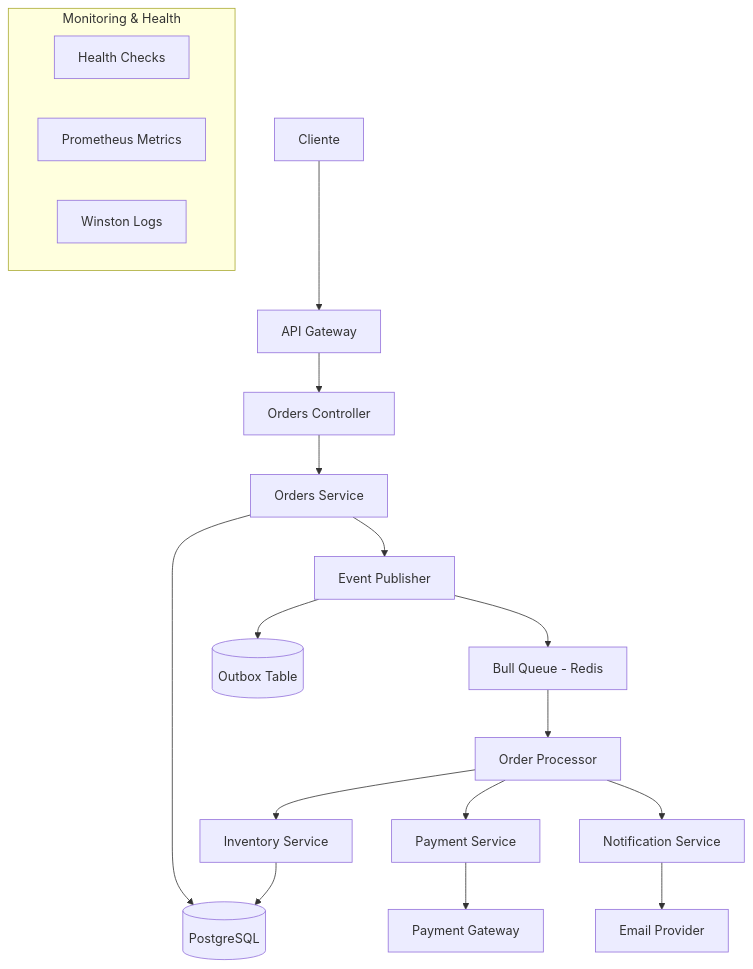
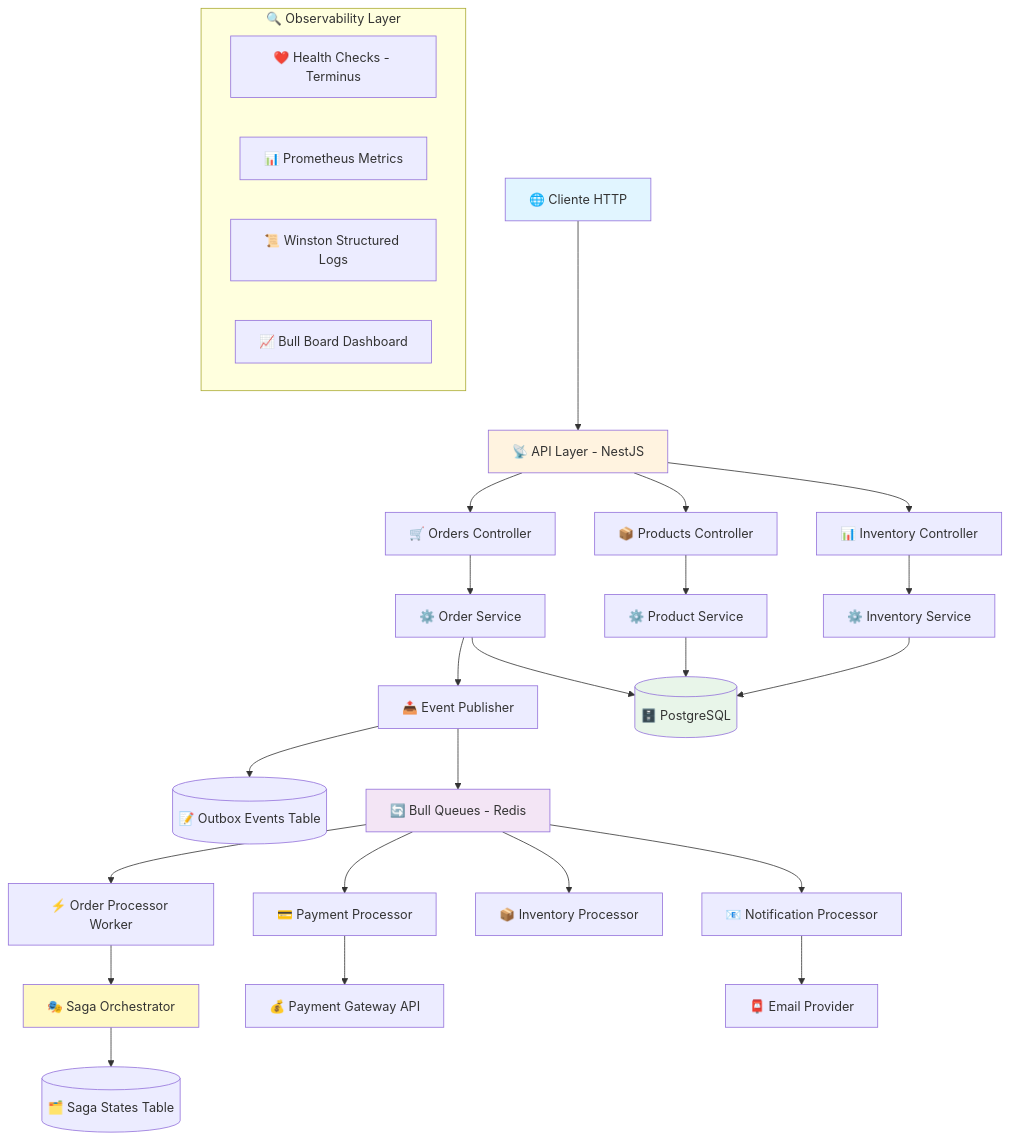
Before and after one commit to ArielDRighi/microservices-ecommerce-system: the diagram in README.md, drawn with Mermaid. The commit also changed other lines of this file and 3 other files, not shown here.

````diff
--- a/README.md
+++ b/README.md
@@ -46,25 +48,43 @@
 ```mermaid
 graph TB
-    Client[Cliente] --> API[API Gateway]
-    API --> OrderController[Orders Controller]
-    OrderController --> OrderService[Orders Service]
-    OrderService --> DB[(PostgreSQL)]
-    OrderService --> EventPublisher[Event Publisher]
-    EventPublisher --> Outbox[(Outbox Table)]
-    EventPublisher --> Queue[Bull Queue - Redis]
-
-    Queue --> OrderProcessor[Order Processor]
-    OrderProcessor --> InventoryService[Inventory Service]
-    OrderProcessor --> PaymentService[Payment Service]
-    OrderProcessor --> NotificationService[Notification Service]
-
+    Client[🌐 Cliente HTTP] --> API[📡 API Layer - NestJS]
+    
+    API --> OrderController[🛒 Orders Controller]
+    API --> ProductController[📦 Products Controller]
+    API --> InventoryController[📊 Inventory Controller]
+    
+    OrderController --> OrderService[⚙️ Order Service]
+    ProductController --> ProductService[⚙️ Product Service]
+    InventoryController --> InventoryService[⚙️ Inventory Service]
+    
+    OrderService --> EventPublisher[📤 Event Publisher]
+    EventPublisher --> OutboxTable[(📝 Outbox Events Table)]
+    EventPublisher --> Queue[🔄 Bull Queues - Redis]
+    
+    Queue --> OrderProcessor[⚡ Order Processor Worker]
+    Queue --> PaymentProcessor[💳 Payment Processor]
+    Queue --> InventoryProcessor[📦 Inventory Processor]
+    Queue --> NotificationProcessor[📧 Notification Processor]
+    
+    OrderProcessor --> SagaOrchestrator[🎭 Saga Orchestrator]
+    SagaOrchestrator --> SagaStateTable[(🗂️ Saga States Table)]
+    
+    OrderService --> DB[(🗄️ PostgreSQL)]
+    ProductService --> DB
     InventoryService --> DB
-    PaymentService --> ExternalGateway[Payment Gateway]
-    NotificationService --> EmailProvider[Email Provider]
-
-    subgraph "Monitoring & Health"
-        HealthCheck[Health Checks]
-        Metrics[Prometheus Metrics]
-        Logs[Winston Logs]
+    PaymentProcessor --> PaymentGateway[💰 Payment Gateway API]
+    NotificationProcessor --> EmailProvider[📮 Email Provider]
+    
+    subgraph "🔍 Observability Layer"
+        HealthCheck[❤️ Health Checks - Terminus]
+        Metrics[📊 Prometheus Metrics]
+        Logs[📜 Winston Structured Logs]
+        BullBoard[📈 Bull Board Dashboard]
     end
+    
+    style Client fill:#e1f5ff
+    style API fill:#fff3e0
+    style Queue fill:#f3e5f5
+    style DB fill:#e8f5e9
+    style SagaOrchestrator fill:#fff9c4
 ```
````
